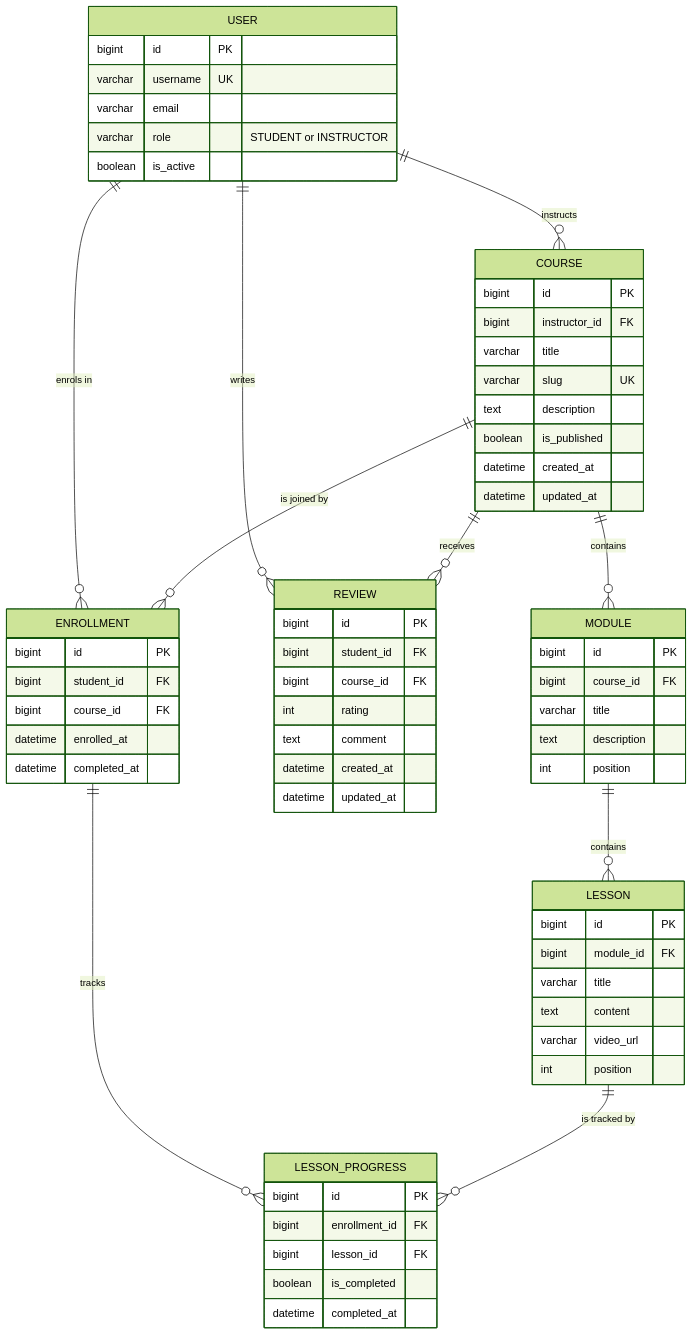
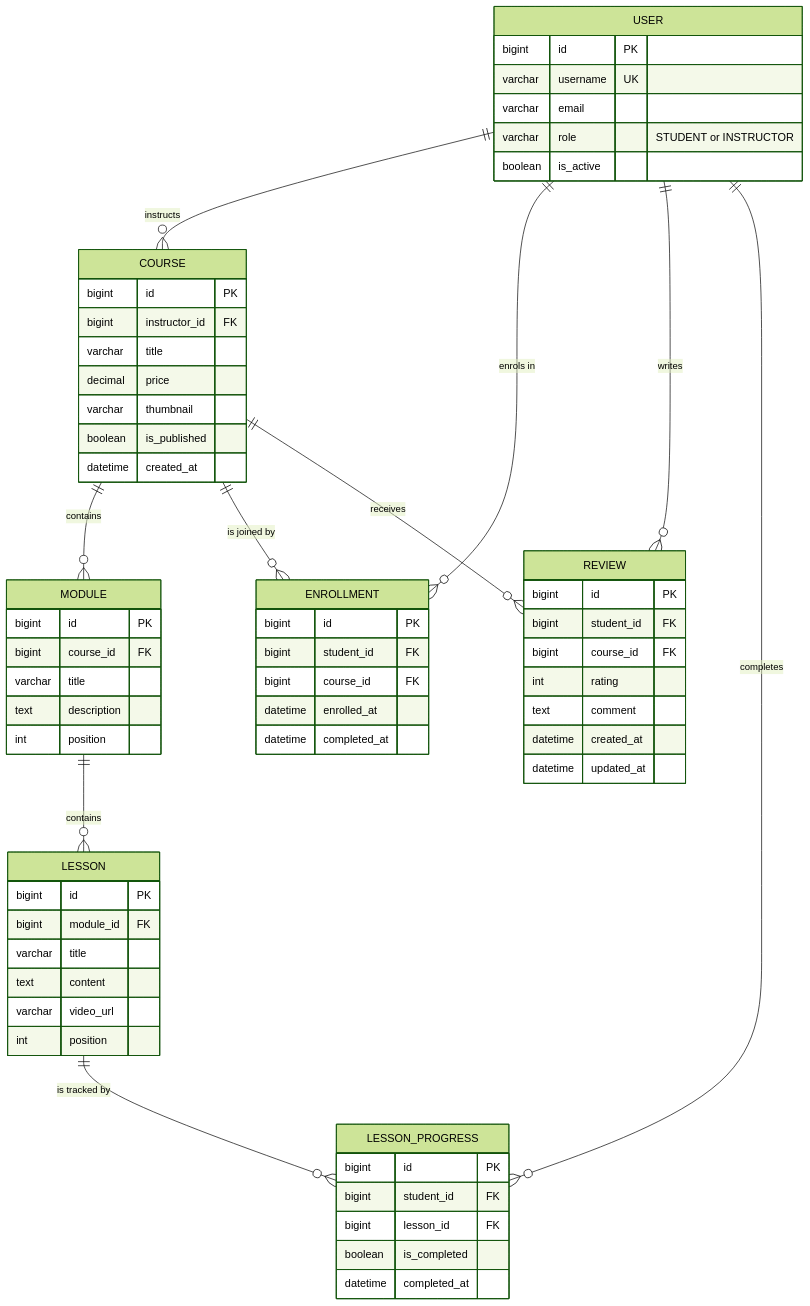
Before and after one commit to 3bdalla3adil/eartech-internship-2026: the diagram in coursehub/docs/architecture.md, drawn with Mermaid (forest theme). The commit also changed other lines of this file, not shown here.

````diff
--- a/coursehub/docs/architecture.md
+++ b/coursehub/docs/architecture.md
@@ -22,74 +26,73 @@
 ```mermaid
 erDiagram
     USER ||--o{ COURSE : "instructs"
     USER ||--o{ ENROLLMENT : "enrols in"
     USER ||--o{ REVIEW : "writes"
+    USER ||--o{ LESSON_PROGRESS : "completes"
     COURSE ||--o{ MODULE : "contains"
     MODULE ||--o{ LESSON : "contains"
     COURSE ||--o{ ENROLLMENT : "is joined by"
-    ENROLLMENT ||--o{ LESSON_PROGRESS : "tracks"
     LESSON ||--o{ LESSON_PROGRESS : "is tracked by"
     COURSE ||--o{ REVIEW : "receives"
 
     USER {
         bigint id PK
         varchar username UK
         varchar email
         varchar role "STUDENT or INSTRUCTOR"
         boolean is_active
     }
 
     COURSE {
         bigint id PK
         bigint instructor_id FK
         varchar title
-        varchar slug UK
-        text description
+        decimal price
+        varchar thumbnail
         boolean is_published
         datetime created_at
-        datetime updated_at
     }
 
     MODULE {
         bigint id PK
         bigint course_id FK
         varchar title
         text description
         int position
     }
 
     LESSON {
         bigint id PK
         bigint module_id FK
         varchar title
         text content
         varchar video_url
         int position
     }
 
     ENROLLMENT {
         bigint id PK
         bigint student_id FK
         bigint course_id FK
         datetime enrolled_at
         datetime completed_at
     }
 
     LESSON_PROGRESS {
         bigint id PK
-        bigint enrollment_id FK
+        bigint student_id FK
         bigint lesson_id FK
         boolean is_completed
         datetime completed_at
     }
 
     REVIEW {
         bigint id PK
         bigint student_id FK
         bigint course_id FK
         int rating
         text comment
         datetime created_at
         datetime updated_at
     }
 ```
````
